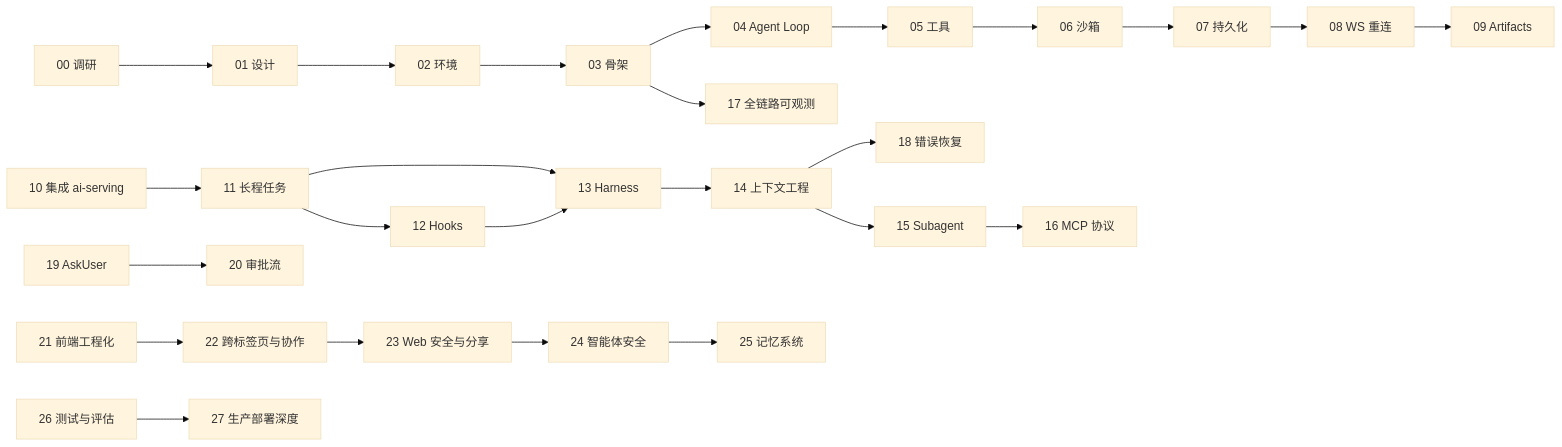
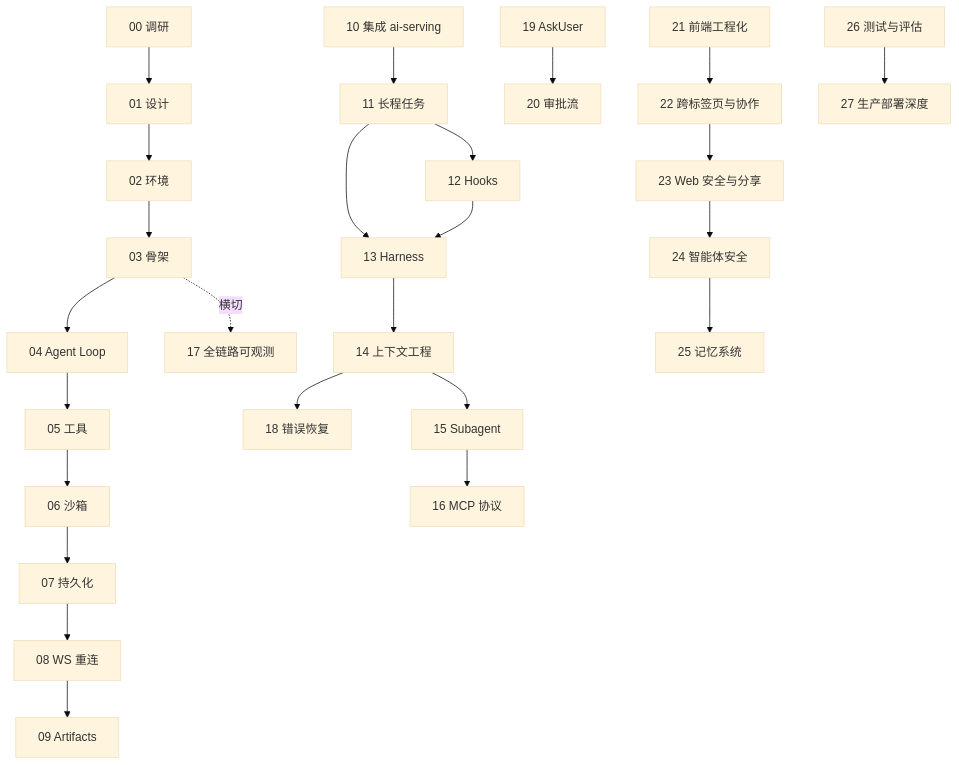
The second of 2 diagrams in docs/web-claude/README.md (UranusGit/java-agent-learn), drawn with Mermaid (base theme) before and after one commit. The commit also changed 41 other files, not shown here.

First line of the commit message:
docs全库mermaid复核修复：补ER图、ASCII转mermaid/表格、删重复图、修语义矛盾

````diff
--- a/docs/web-claude/README.md
+++ b/docs/web-claude/README.md
@@ -117,13 +117,13 @@
 ```mermaid
-flowchart LR
+flowchart TD
     c00["00 调研"] --> c01["01 设计"] --> c02["02 环境"] --> c03["03 骨架"] --> c04["04 Agent Loop"] --> c05["05 工具"] --> c06["06 沙箱"] --> c07["07 持久化"] --> c08["08 WS 重连"] --> c09["09 Artifacts"]
-    c03 --> c17["17 全链路可观测"]
+    c03 -.横切.-> c17["17 全链路可观测"]
     c10["10 集成 ai-serving"] --> c11["11 长程任务"] --> c12["12 Hooks"]
     c11 --> c13["13 Harness"]
     c12 --> c13
     c13 --> c14["14 上下文工程"] --> c18["18 错误恢复"]
     c14 --> c15["15 Subagent"] --> c16["16 MCP 协议"]
     c19["19 AskUser"] --> c20["20 审批流"]
     c21["21 前端工程化"] --> c22["22 跨标签页与协作"] --> c23["23 Web 安全与分享"] --> c24["24 智能体安全"] --> c25["25 记忆系统"]
     c26["26 测试与评估"] --> c27["27 生产部署深度"]
 ```
````
